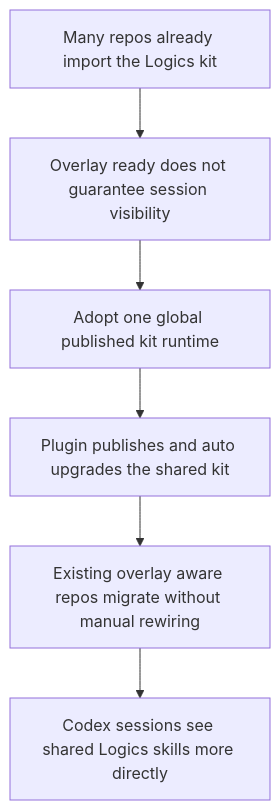
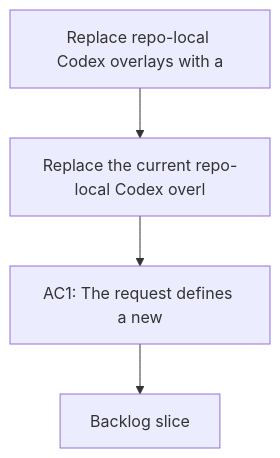
Before and after one commit to AlexAgo83/logics-manager: the diagram in logics/request/req_099_replace_repo_local_codex_overlays_with_a_global_published_logics_kit_and_managed_migration.md, drawn with Mermaid. The commit also changed 481 other files, not shown here.

````diff
--- a/logics/request/req_099_replace_repo_local_codex_overlays_with_a_global_published_logics_kit_and_managed_migration.md
+++ b/logics/request/req_099_replace_repo_local_codex_overlays_with_a_global_published_logics_kit_and_managed_migration.md
@@ -45,10 +45,8 @@
 ```mermaid
 %% logics-kind: request
 %% logics-signature: request|replace-repo-local-codex-overlays-with-a|replace-the-current-repo-local-codex-ove|ac1-the-request-defines-a-new
 flowchart TD
-    Repos[Many repos already import the Logics kit] --> Pain[Overlay ready does not guarantee session visibility]
-    Pain --> Shift[Adopt one global published kit runtime]
-    Shift --> Plugin[Plugin publishes and auto upgrades the shared kit]
-    Plugin --> Migration[Existing overlay aware repos migrate without manual rewiring]
-    Migration --> Outcome[Codex sessions see shared Logics skills more directly]
+    Trigger[Replace repo-local Codex overlays with a] --> Need[Replace the current repo-local Codex overl]
+    Need --> Outcome[AC1: The request defines a new]
+    Outcome --> Backlog[Backlog slice]
 ```
````
